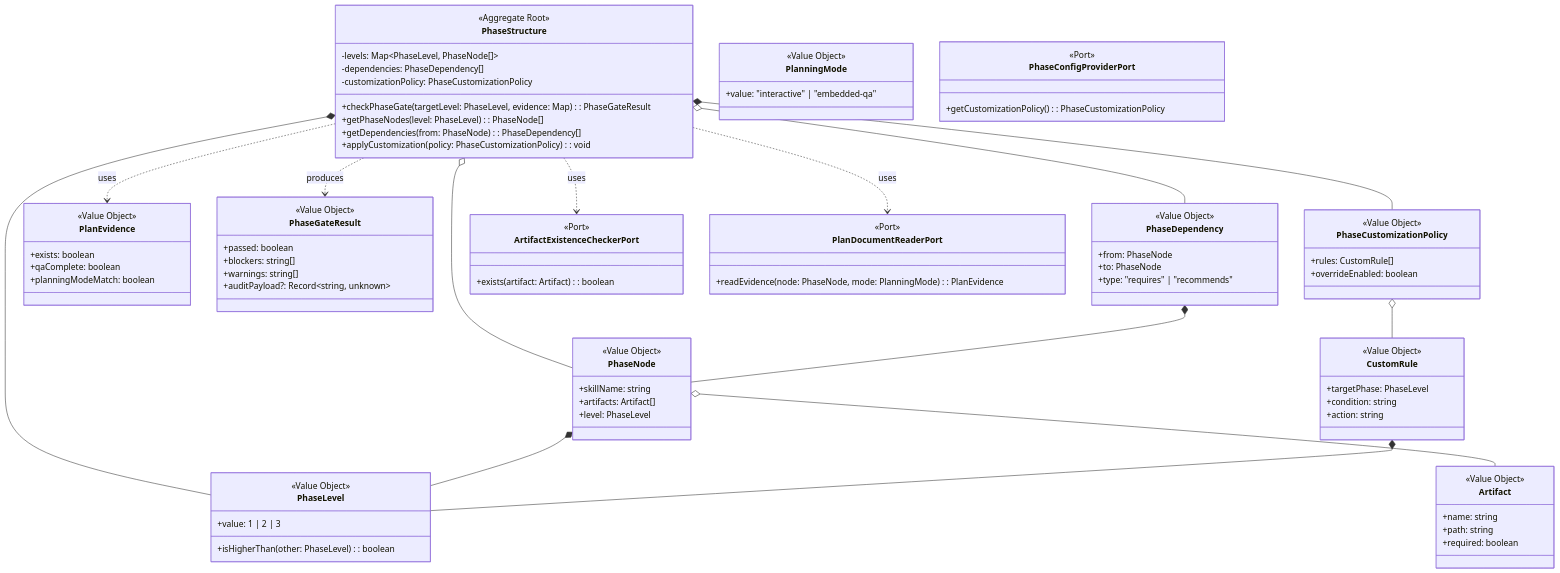
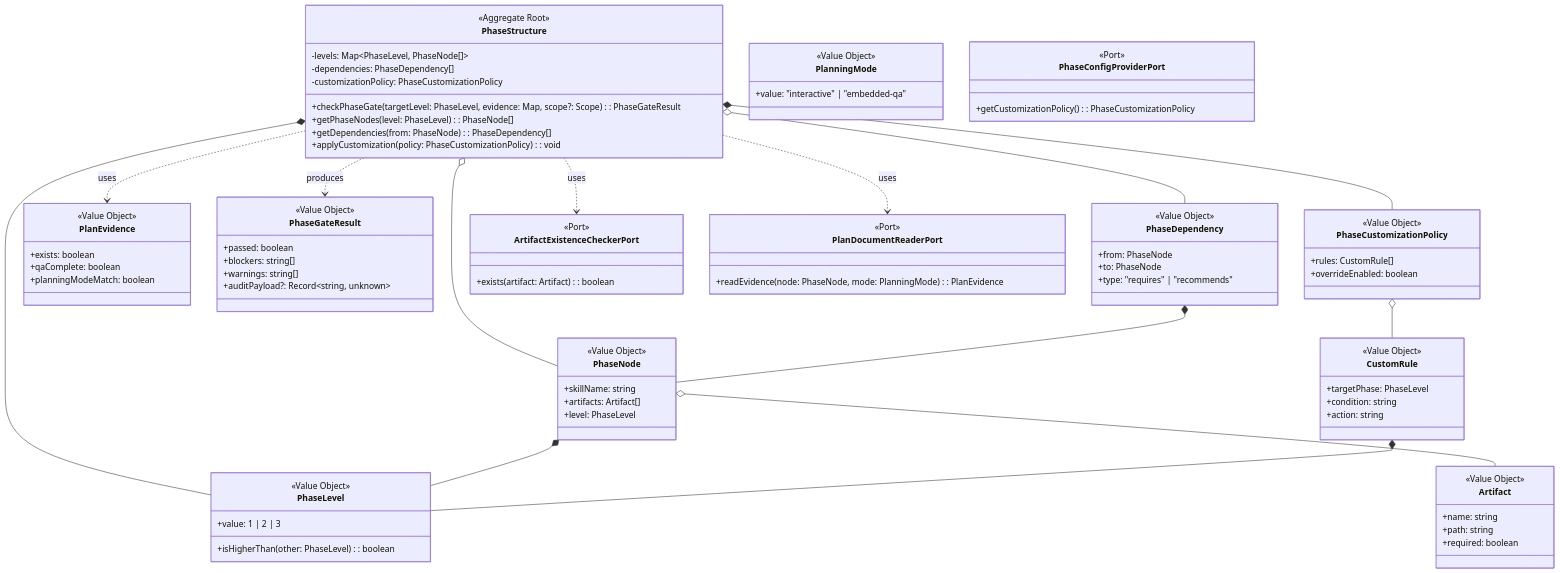
One commit to junpei-9898/phasegate changed the diagram in docs/product/construction/phase-dependency-model/domain_model.md. Above: the diagram before and after it, drawn with Mermaid. The commit also changed other lines of this file and 24 other files, not shown here.

```diff
--- a/docs/product/construction/phase-dependency-model/domain_model.md
+++ b/docs/product/construction/phase-dependency-model/domain_model.md
@@ -184,7 +194,7 @@
         -levels: Map~PhaseLevel, PhaseNode[]~
         -dependencies: PhaseDependency[]
         -customizationPolicy: PhaseCustomizationPolicy
-        +checkPhaseGate(targetLevel: PhaseLevel, evidence: Map): PhaseGateResult
+        +checkPhaseGate(targetLevel: PhaseLevel, evidence: Map, scope?: Scope): PhaseGateResult
         +getPhaseNodes(level: PhaseLevel): PhaseNode[]
         +getDependencies(from: PhaseNode): PhaseDependency[]
         +applyCustomization(policy: PhaseCustomizationPolicy): void
```
